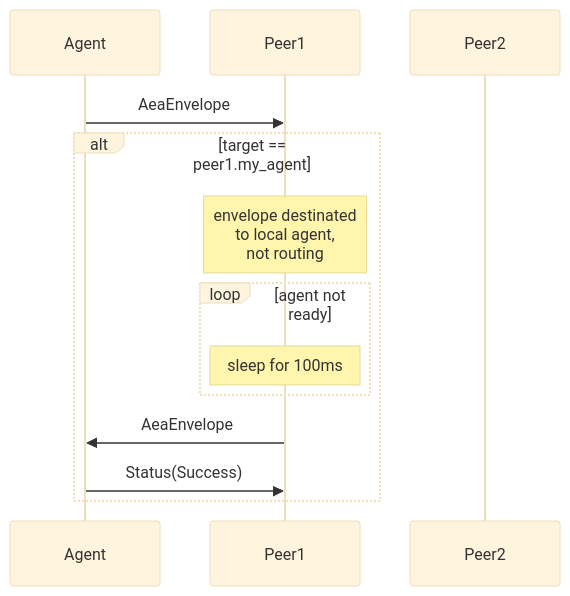
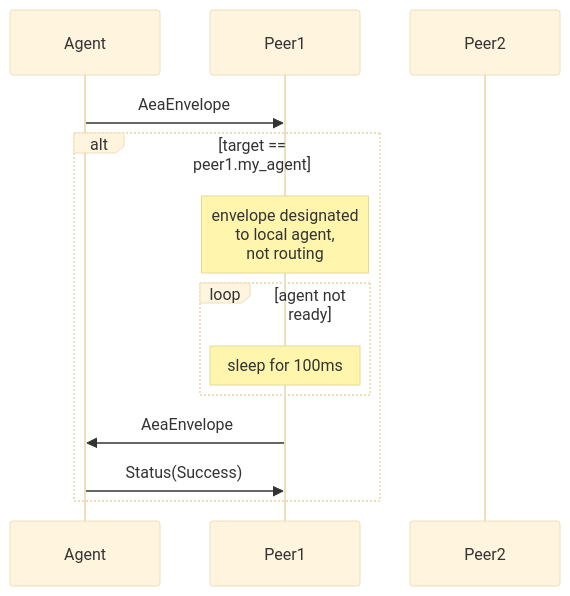
The eighth of 17 diagrams in docs/acn-internals.md (fetchai/agents-aea), drawn with Mermaid (base theme) before and after one commit. The commit also changed other lines of this file and 1 other file, not shown here.

```diff
--- a/docs/acn-internals.md
+++ b/docs/acn-internals.md
@@ -419,15 +419,15 @@
 <div class="mermaid">
     sequenceDiagram
         participant Agent
         participant Peer1
         participant Peer2
         Agent->>Peer1: AeaEnvelope
         alt target == peer1.my_agent
-            note over Peer1: envelope destinated<br/> to local agent,<br/> not routing
+            note over Peer1: envelope designated<br/> to local agent,<br/> not routing
             loop agent not ready
                 note over Peer1: sleep for 100ms
             end
             Peer1->>Agent: AeaEnvelope
             Agent->>Peer1: Status(Success)
         end
 </div>
```
